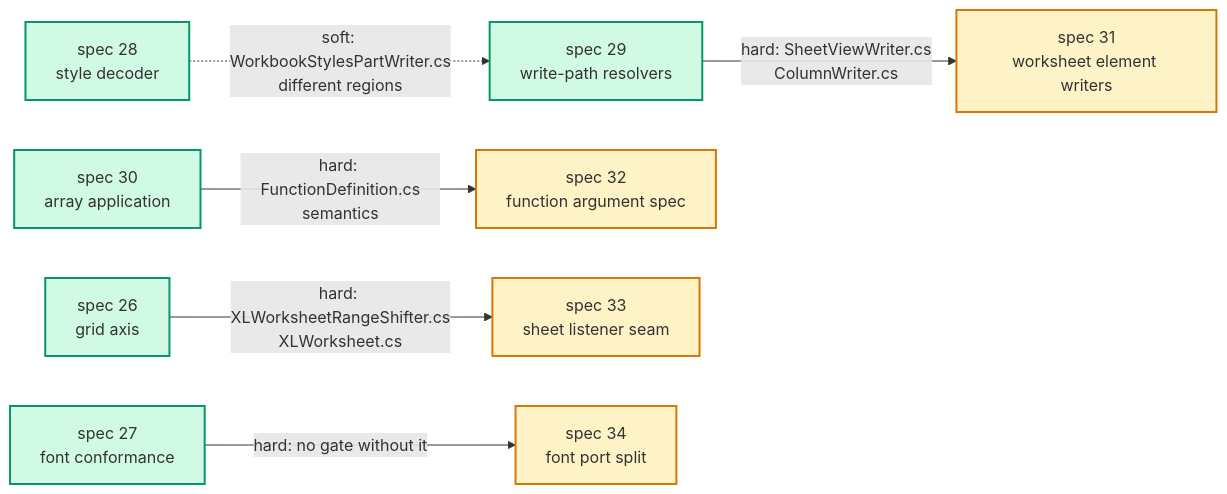
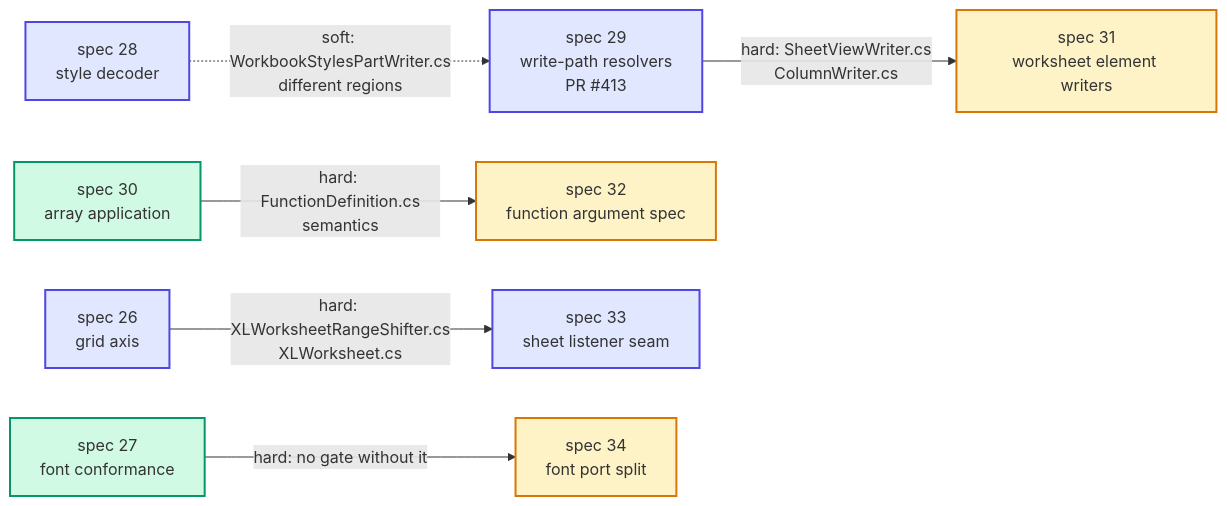
Before and after one commit to XLibur/XLibur: the diagram in docs/specs/TASKLIST-architecture-deepening-2.md, drawn with Mermaid. The commit also changed other lines of this file and 25 other files, not shown here.

````diff
--- a/docs/specs/TASKLIST-architecture-deepening-2.md
+++ b/docs/specs/TASKLIST-architecture-deepening-2.md
@@ -210,21 +271,22 @@
 ```mermaid
 flowchart LR
-  S26["spec 26<br/>grid axis"]:::ready
+  S26["spec 26<br/>grid axis"]:::done
   S27["spec 27<br/>font conformance"]:::ready
-  S28["spec 28<br/>style decoder"]:::ready
-  S29["spec 29<br/>write-path resolvers"]:::ready
+  S28["spec 28<br/>style decoder"]:::done
+  S29["spec 29<br/>write-path resolvers<br/>PR #413"]:::done
   S30["spec 30<br/>array application"]:::ready
   S31["spec 31<br/>worksheet element writers"]:::blocked
   S32["spec 32<br/>function argument spec"]:::blocked
-  S33["spec 33<br/>sheet listener seam"]:::blocked
+  S33["spec 33<br/>sheet listener seam"]:::done
   S34["spec 34<br/>font port split"]:::blocked
 
   S26 -->|"hard: XLWorksheetRangeShifter.cs<br/>XLWorksheet.cs"| S33
   S27 -->|"hard: no gate without it"| S34
   S29 -->|"hard: SheetViewWriter.cs<br/>ColumnWriter.cs"| S31
   S30 -->|"hard: FunctionDefinition.cs<br/>semantics"| S32
   S28 -.->|"soft: WorkbookStylesPartWriter.cs<br/>different regions"| S29
 
+  classDef done fill:#e0e7ff,stroke:#4f46e5,stroke-width:2px;
   classDef ready fill:#d1fae5,stroke:#059669,stroke-width:2px;
   classDef blocked fill:#fef3c7,stroke:#d97706,stroke-width:2px;
 ```
````
